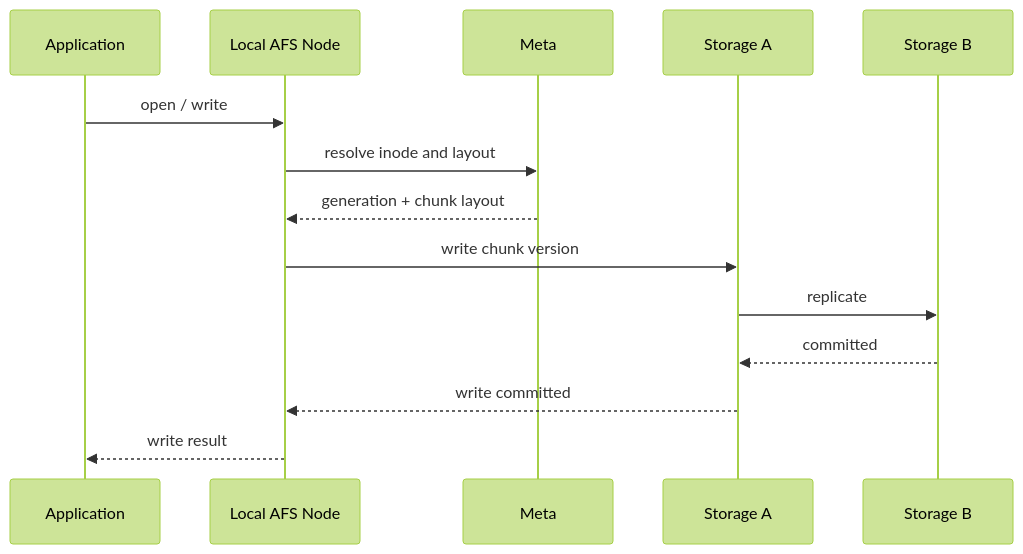
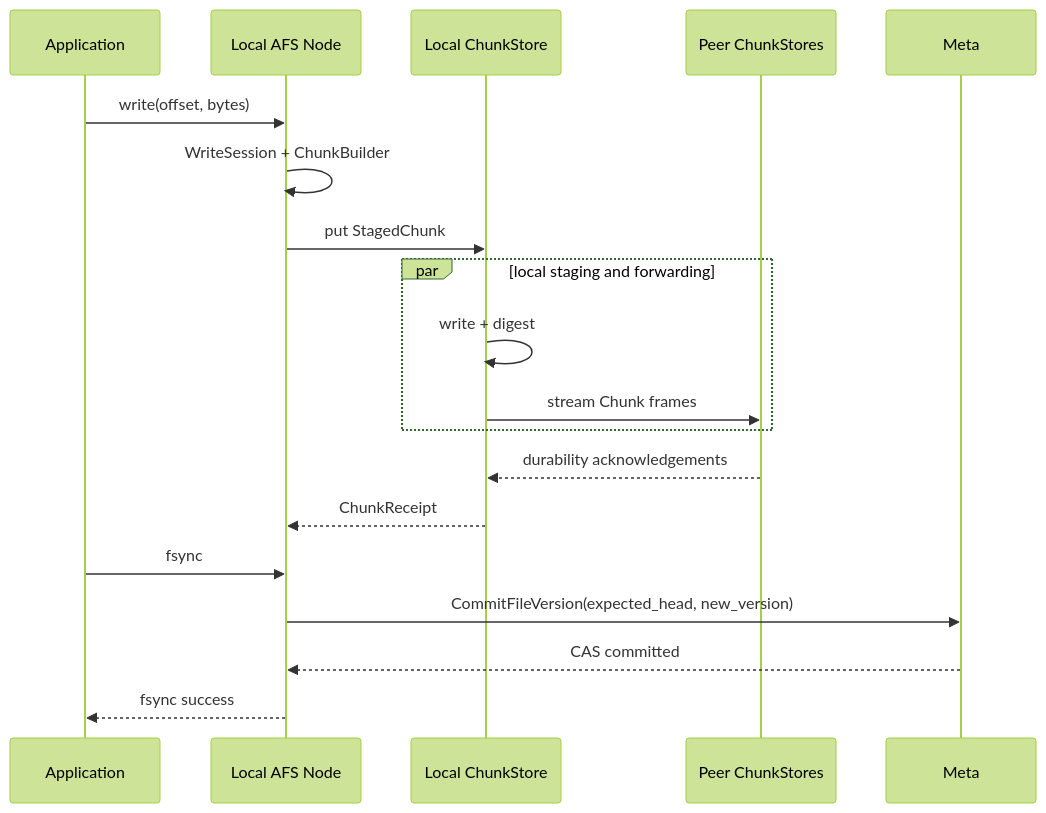
The second of 2 diagrams in docs/architecture/overview.md (lelezi257/dms), drawn with Mermaid (forest theme) before and after one commit. The commit also changed other lines of this file and 25 other files, not shown here.

````diff
--- a/docs/architecture/overview.md
+++ b/docs/architecture/overview.md
@@ -122,17 +115,22 @@
 ```mermaid
 sequenceDiagram
     participant A as Application
     participant N as Local AFS Node
+    participant S as Local ChunkStore
+    participant P as Peer ChunkStores
     participant M as Meta
-    participant S1 as Storage A
-    participant S2 as Storage B
 
-    A->>N: open / write
-    N->>M: resolve inode and layout
-    M-->>N: generation + chunk layout
-    N->>S1: write chunk version
-    S1->>S2: replicate
-    S2-->>S1: committed
-    S1-->>N: write committed
-    N-->>A: write result
+    A->>N: write(offset, bytes)
+    N->>N: WriteSession + ChunkBuilder
+    N->>S: put StagedChunk
+    par local staging and forwarding
+        S->>S: write + digest
+        S->>P: stream Chunk frames
+    end
+    P-->>S: durability acknowledgements
+    S-->>N: ChunkReceipt
+    A->>N: fsync
+    N->>M: CommitFileVersion(expected_head, new_version)
+    M-->>N: CAS committed
+    N-->>A: fsync success
 ```
````
